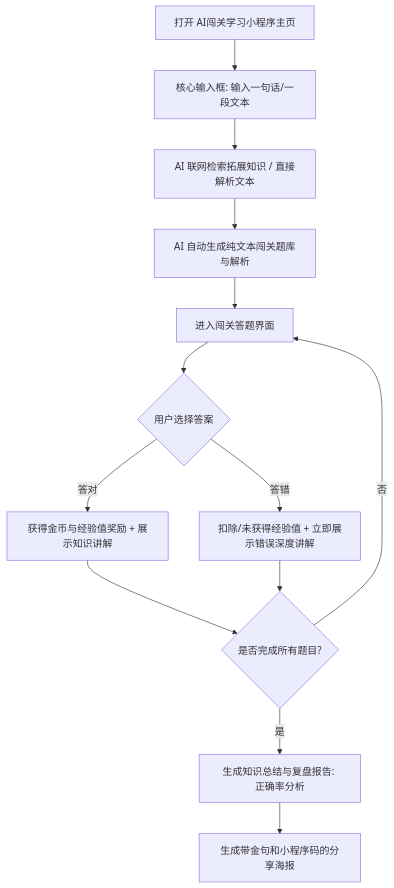
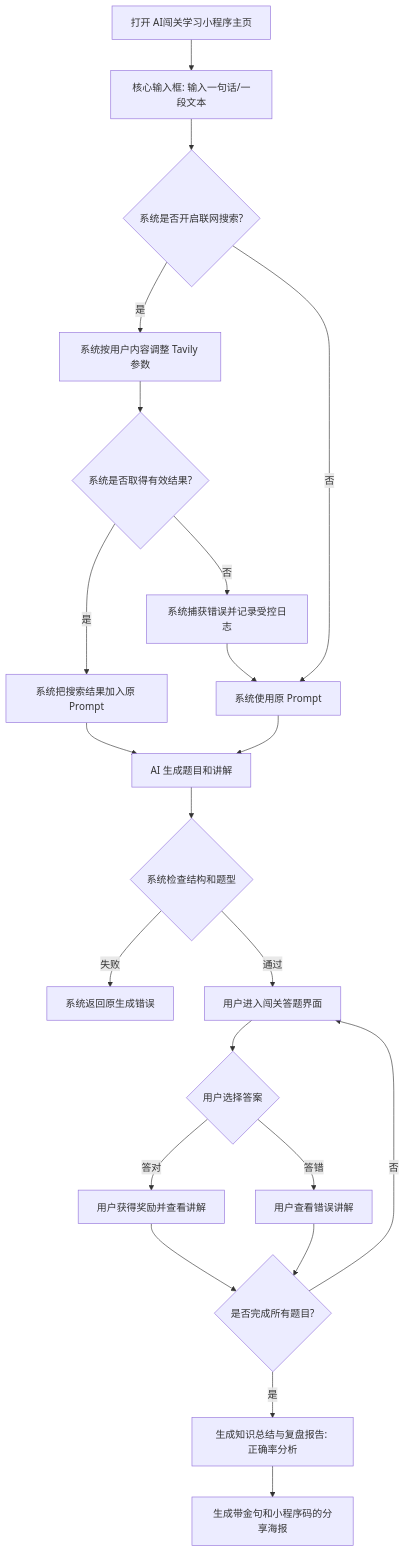
The diagram in docs/需求分析文档.md (Lancycool/ai_learning_miniprogram), drawn with Mermaid before and after one commit. The commit also changed other lines of this file and 46 other files, not shown here.

````diff
--- a/docs/需求分析文档.md
+++ b/docs/需求分析文档.md
@@ -60,15 +65,24 @@
 ```mermaid
 graph TD
     A[打开  AI闯关学习小程序主页] --> B[核心输入框: 输入一句话/一段文本]
-    B --> C[AI 联网检索拓展知识 / 直接解析文本]
-    C --> D[AI 自动生成纯文本闯关题库与解析]
-    D --> E[进入闯关答题界面]
+    B --> C{系统是否开启联网搜索?}
+    C -->|是| L[系统按用户内容调整 Tavily 参数]
+    L --> M{系统是否取得有效结果?}
+    M -->|是| D[系统把搜索结果加入原 Prompt]
+    M -->|否| N[系统捕获错误并记录受控日志]
+    N --> O[系统使用原 Prompt]
+    C -->|否| O
+    D --> P[AI 生成题目和讲解]
+    O --> P
+    P --> Q{系统检查结构和题型}
+    Q -->|失败| R[系统返回原生成错误]
+    Q -->|通过| E[用户进入闯关答题界面]
     E --> F{用户选择答案}
-    F -->|答对| G[获得金币与经验值奖励 + 展示知识讲解]
-    F -->|答错| H[扣除/未获得经验值 + 立即展示错误深度讲解]
+    F -->|答对| G[用户获得奖励并查看讲解]
+    F -->|答错| H[用户查看错误讲解]
     G --> I{是否完成所有题目?}
     H --> I
     I -->|否| E
     I -->|是| J[生成知识总结与复盘报告: 正确率分析]
     J --> K[生成带金句和小程序码的分享海报]
 ```
````
